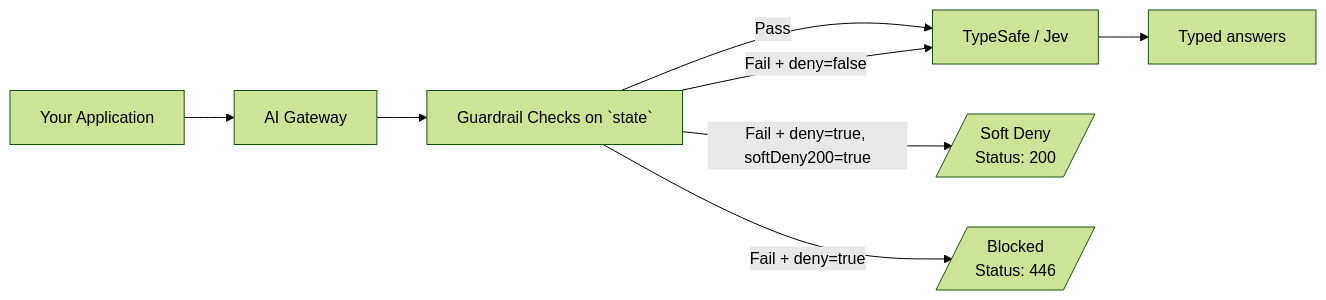
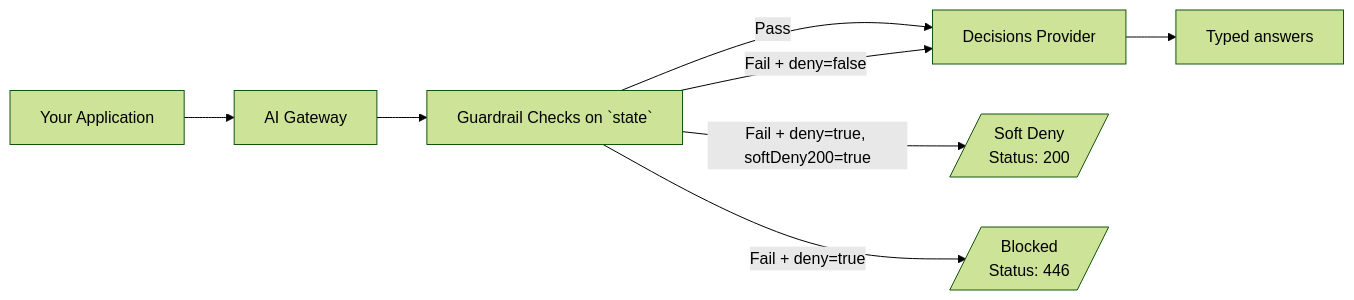
The diagram in aigw/product/guardrails/decisions-guardrails.mdx (Portkey-AI/docs-core), drawn with Mermaid (forest theme) before and after one commit. The commit also changed other lines of this file and 7 other files, not shown here.

First line of the commit message:
Stop implying Decisions is TypeSafe-exclusive

````diff
--- a/aigw/product/guardrails/decisions-guardrails.mdx
+++ b/aigw/product/guardrails/decisions-guardrails.mdx
@@ -18,16 +18,16 @@
 ```mermaid
 flowchart LR
     App[Your Application] --> Portkey[AI Gateway]
     Portkey --> Guardrails[Guardrail Checks on `state`]
 
-    Guardrails -->|Pass| LLM[TypeSafe / Jev]
+    Guardrails -->|Pass| LLM[Decisions Provider]
     Guardrails -->|Fail + deny=false| LLM
     Guardrails -->|Fail + deny=true, softDeny200=true| SoftDeny[/Soft Deny\nStatus: 200/]
     Guardrails -->|Fail + deny=true| Blocked[/Blocked\nStatus: 446/]
 
     LLM --> Success[Typed answers]
 
     class Success success
     class SoftDeny warning
     class Blocked danger
 ```
````
